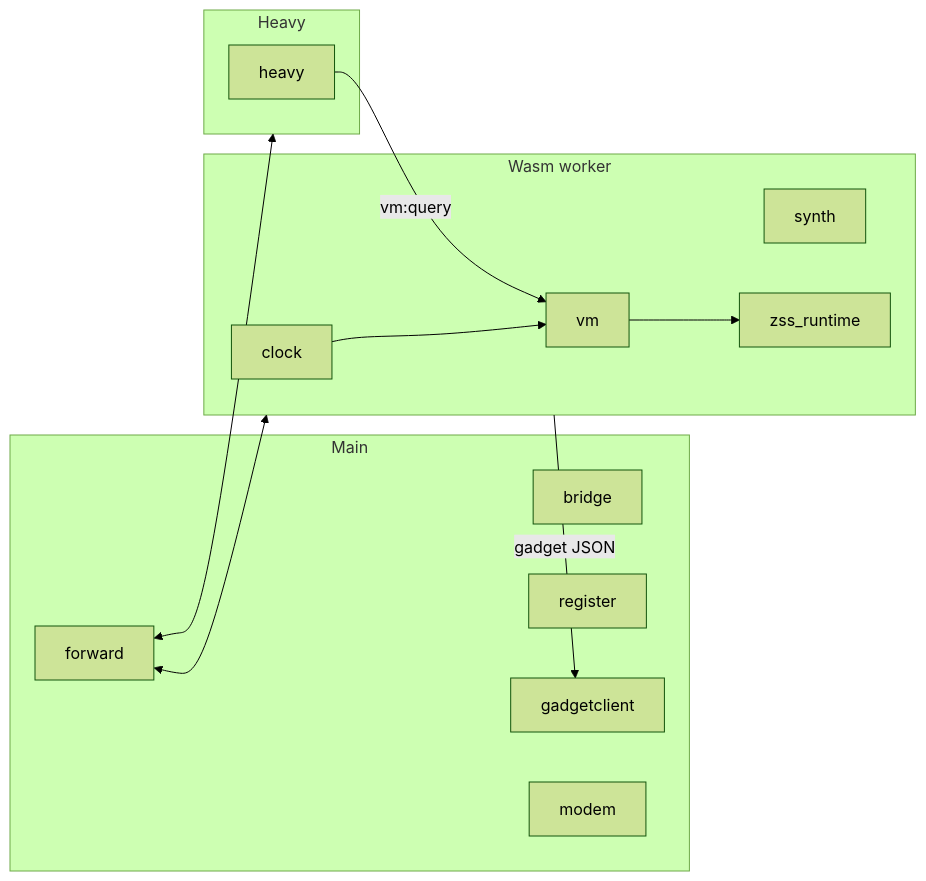
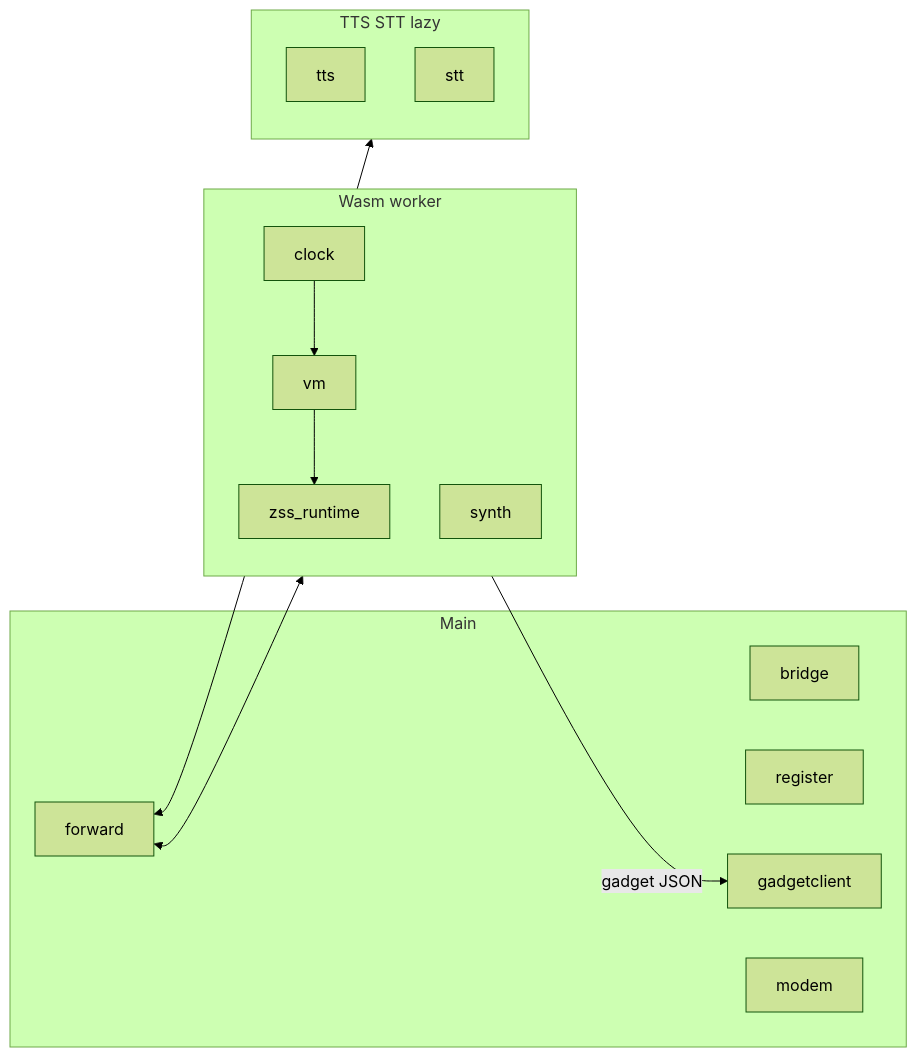
The second of 5 diagrams in ops/docs/multiplayer-wasm-architecture.md (goldbuick/zed-software-system), drawn with Mermaid (forest theme) before and after one commit. The commit also changed other lines of this file and 21 other files, not shown here.

````diff
--- a/ops/docs/multiplayer-wasm-architecture.md
+++ b/ops/docs/multiplayer-wasm-architecture.md
@@ -93,28 +93,28 @@
 ```mermaid
 flowchart LR
   subgraph mainHub [Main]
     Bridge[bridge]
     Register[register]
     Gadget[gadgetclient]
     ModemM[modem]
     FwdM[forward]
   end
 
   subgraph wasmHub [Wasm worker]
     Clock[clock]
     Vm[vm]
     Synth[synth]
     Rt[zss_runtime]
     Vm --> Rt
     Clock --> Vm
   end
 
-  subgraph heavyHub [Heavy]
-    Heavy[heavy]
+  subgraph inferHub [TTS STT lazy]
+    TTS[tts]
+    STT[stt]
   end
 
   FwdM <--> wasmHub
-  FwdM <--> heavyHub
+  FwdM <--> inferHub
   wasmHub -->|gadget JSON| Gadget
-  Heavy -->|vm:query| Vm
 ```
````
